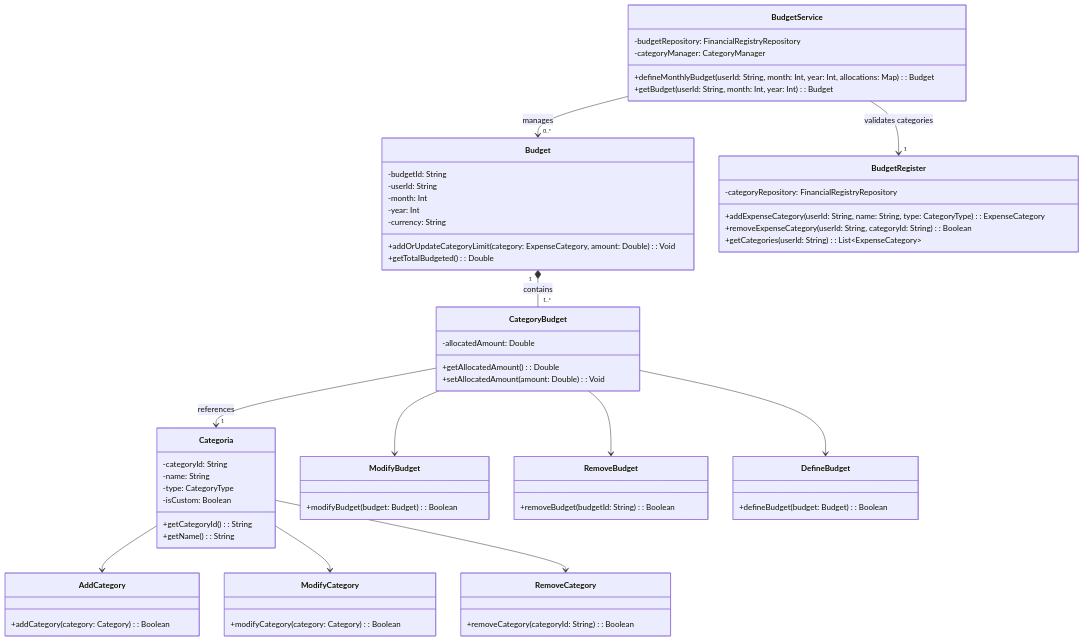
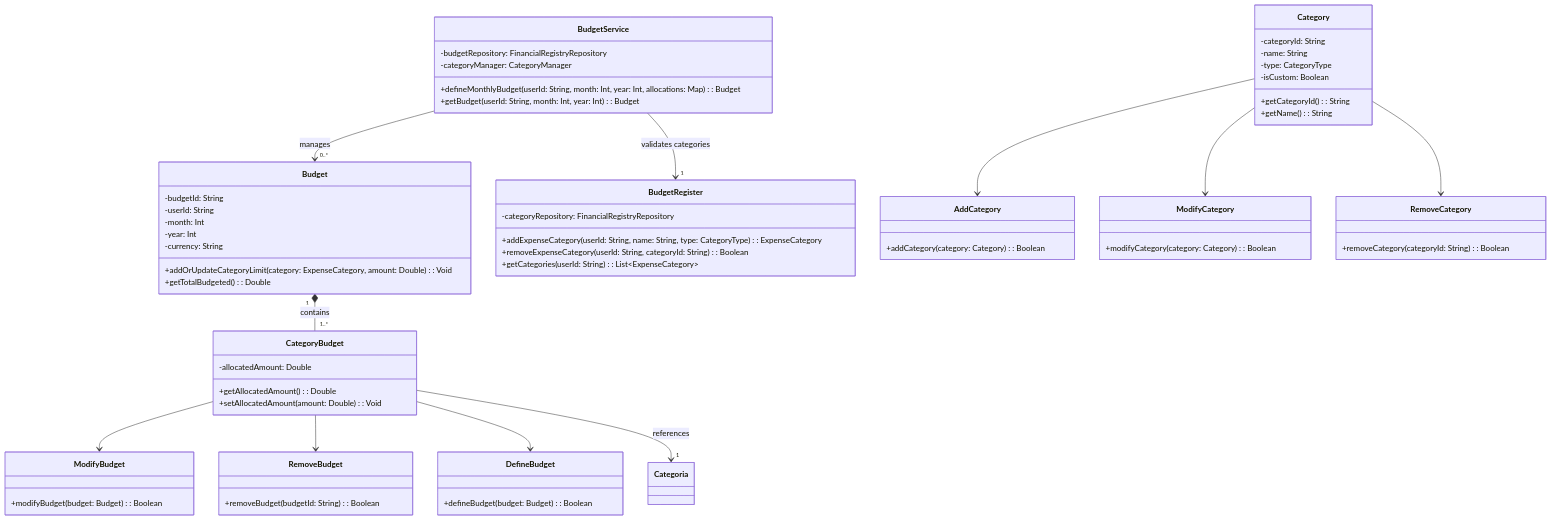
One commit to JogerUN/UN-budget changed the second of 2 diagrams in docs/01_Architectural_and_Detailed_Design.md. Above: the diagram before and after it, drawn with Mermaid. The commit also changed other lines of this file, not shown here.

````diff
--- a/docs/01_Architectural_and_Detailed_Design.md
+++ b/docs/01_Architectural_and_Detailed_Design.md
@@ -158,80 +158,80 @@
 ```mermaid
 classDiagram
     direction TB
 
     class BudgetService {
         -budgetRepository: FinancialRegistryRepository
         -categoryManager: CategoryManager
         +defineMonthlyBudget(userId: String, month: Int, year: Int, allocations: Map): Budget
         +getBudget(userId: String, month: Int, year: Int): Budget
     }
 
     class Budget {
         -budgetId: String
         -userId: String
         -month: Int
         -year: Int
         -currency: String
         +addOrUpdateCategoryLimit(category: ExpenseCategory, amount: Double): Void
         +getTotalBudgeted(): Double
     }
 
     class BudgetRegister {
         -categoryRepository: FinancialRegistryRepository
         +addExpenseCategory(userId: String, name: String, type: CategoryType): ExpenseCategory
         +removeExpenseCategory(userId: String, categoryId: String): Boolean
         +getCategories(userId: String): List~ExpenseCategory~
     }
 
     class CategoryBudget {
         -allocatedAmount: Double
         +getAllocatedAmount(): Double
         +setAllocatedAmount(amount: Double): Void
     }
 
-    class Categoria {
+    class Category {
         -categoryId: String
         -name: String
         -type: CategoryType
         -isCustom: Boolean
         +getCategoryId(): String
         +getName(): String
     }
 
     class ModifyBudget {
         +modifyBudget(budget: Budget): Boolean
     }
 
     class RemoveBudget {
         +removeBudget(budgetId: String): Boolean
     }
 
     class DefineBudget {
         +defineBudget(budget: Budget): Boolean
     }
 
     class AddCategory {
         +addCategory(category: Category): Boolean
     }
 
     class ModifyCategory {
         +modifyCategory(category: Category): Boolean
     }
 
     class RemoveCategory {
         +removeCategory(categoryId: String): Boolean
     }
 
     BudgetService --> "0..*" Budget : manages
     BudgetService --> "1" BudgetRegister : validates categories
     Budget "1" *-- "1..*" CategoryBudget : contains
 
     CategoryBudget --> ModifyBudget
     CategoryBudget --> RemoveBudget
     CategoryBudget --> DefineBudget
     CategoryBudget --> "1" Categoria : references
 
-    Categoria --> AddCategory
-    Categoria --> ModifyCategory
-    Categoria --> RemoveCategory
+    Category --> AddCategory
+    Category --> ModifyCategory
+    Category --> RemoveCategory
 ```
````
